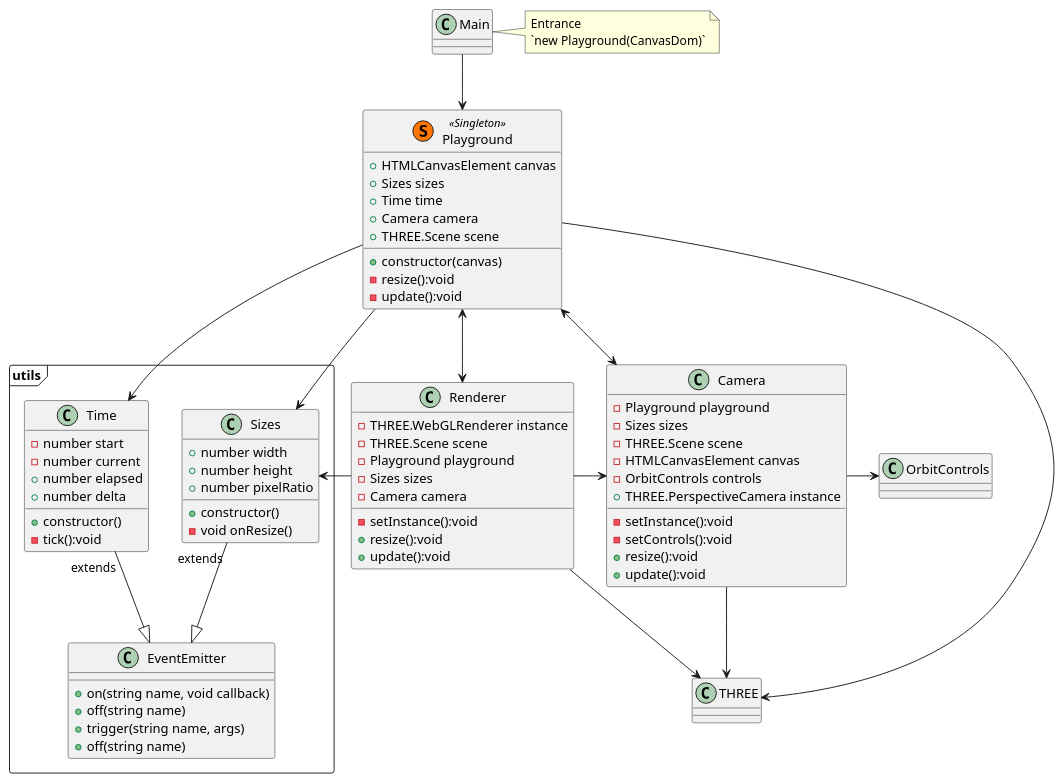
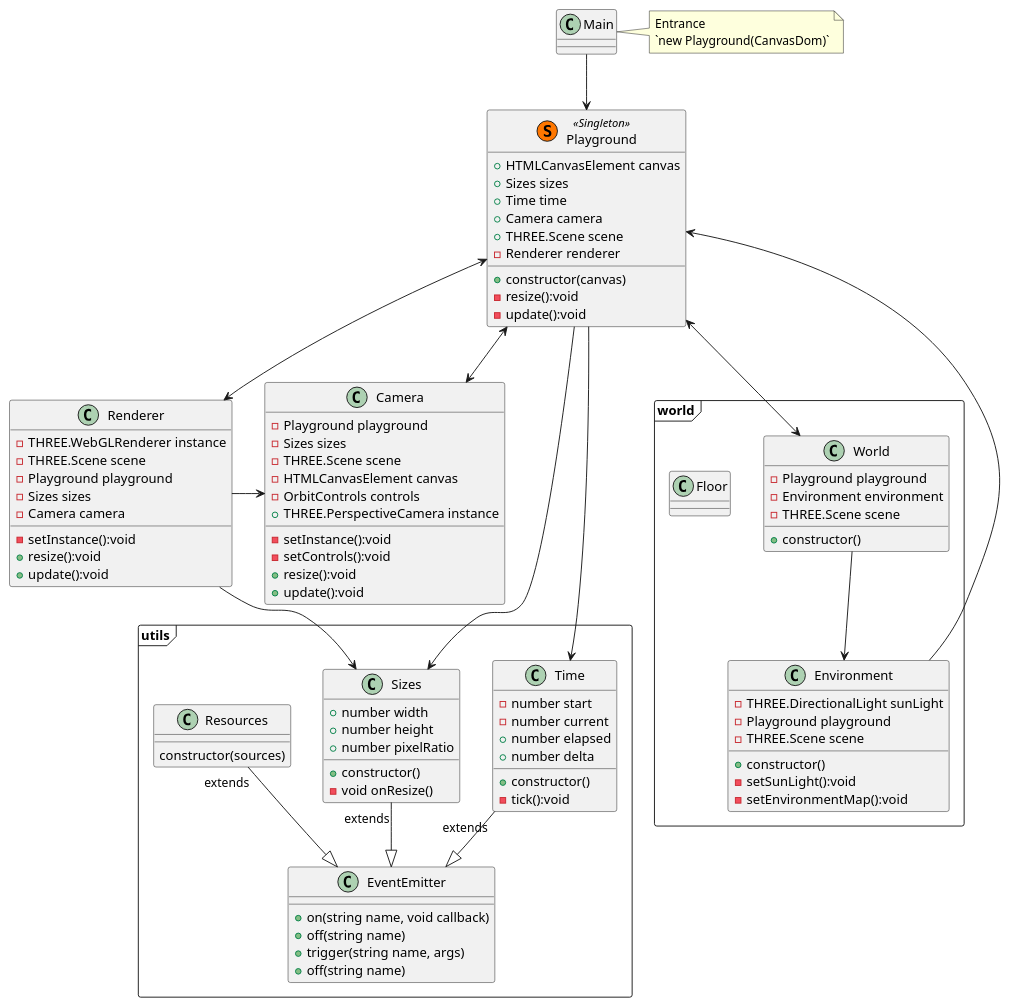
Before and after one commit to Gaohaoyang/threeJourney: the diagram in docs/26-codeStructure.md, drawn with PlantUML. The commit also changed 2 other files, not shown here.

Commit message:
feat: 🎸 update

````diff
--- a/docs/26-codeStructure.md
+++ b/docs/26-codeStructure.md
@@ -9,8 +9,8 @@
   `new Playground(CanvasDom)`
 end note
 
-class THREE {}
-class OrbitControls {}
+' class THREE {}
+' class OrbitControls {}
 
 class Playground<<(S,#FF7700) Singleton>>{
   +HTMLCanvasElement canvas
@@ -18,9 +18,34 @@
   +Time time
   +Camera camera
   +THREE.Scene scene
+  -Renderer renderer
   +constructor(canvas)
   -resize():void
   -update():void
+}
+
+class Camera {
+  -Playground playground
+  -Sizes sizes
+  -THREE.Scene scene
+  -HTMLCanvasElement canvas
+  -OrbitControls controls
+  +THREE.PerspectiveCamera instance
+  -setInstance():void
+  -setControls():void
+  +resize():void
+  +update():void
+}
+
+class Renderer {
+  -THREE.WebGLRenderer instance
+  -THREE.Scene scene
+  -Playground playground
+  -Sizes sizes
+  -Camera camera
+  -setInstance():void
+  +resize():void
+  +update():void
 }
 
 package utils <<Frame>>{
@@ -47,45 +72,47 @@
     +constructor()
     -tick():void
   }
+
+  class Resources {
+    constructor(sources)
+  }
 }
 
-class Camera {
-  -Playground playground
-  -Sizes sizes
-  -THREE.Scene scene
-  -HTMLCanvasElement canvas
-  -OrbitControls controls
-  +THREE.PerspectiveCamera instance
-  -setInstance():void
-  -setControls():void
-  +resize():void
-  +update():void
-}
-
-class Renderer {
-  -THREE.WebGLRenderer instance
-  -THREE.Scene scene
-  -Playground playground
-  -Sizes sizes
-  -Camera camera
-  -setInstance():void
-  +resize():void
-  +update():void
+package world <<Frame>> {
+  class World {
+    -Playground playground
+    -Environment environment
+    -THREE.Scene scene
+    +constructor()
+  }
+  class Environment {
+    -THREE.DirectionalLight sunLight
+    -Playground playground
+    -THREE.Scene scene
+    +constructor()
+    -setSunLight():void
+    -setEnvironmentMap():void
+  }
+  class Floor {}
 }
 
 
 Main --> Playground
-Playground --> Sizes
-Playground --> Time
-Playground --> THREE
+Playground ---> Sizes
+Playground ---> Time
+' Playground ----> THREE
+Playground <-- Environment
+World --> Environment
+Playground <--> World
 Playground <--> Camera
 Playground <--> Renderer
-Camera --> THREE
-Renderer -> THREE
-Renderer -> Sizes
+' Camera --> THREE
+' Renderer -> THREE
+Renderer --> Sizes
 Renderer -> Camera
-Camera -> OrbitControls
+' Camera --> OrbitControls
 Sizes "extends" --|> EventEmitter
 Time "extends" --|> EventEmitter
+Resources "extends" --|> EventEmitter
 
 ```
````
